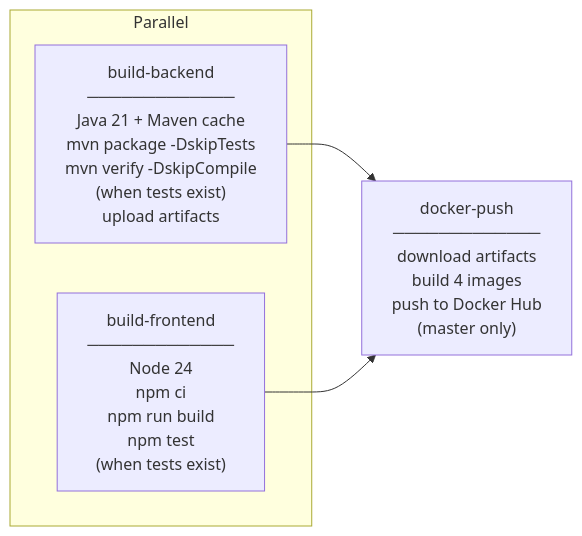
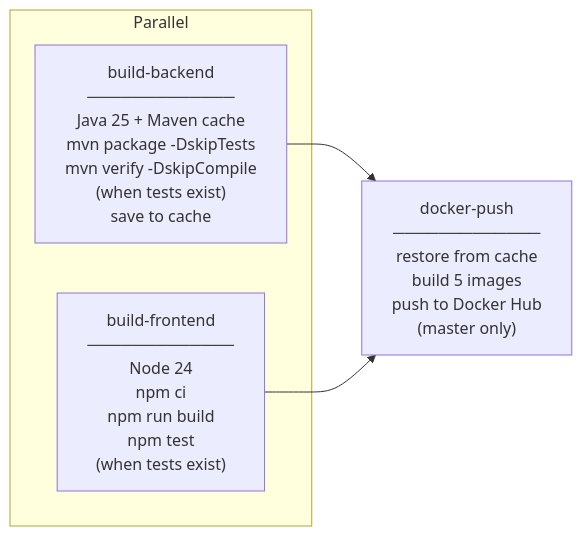
One commit to panryba/shopflow changed the second of 2 diagrams in README.md. Above: the diagram before and after it, drawn with Mermaid. The commit also changed 1 other file, not shown here.

Commit message:
Replace artifact upload/download with cache to avoid storage quota
Parallel structure preserved. Cache storage uses separate 10GB quota.
Also fix README: Java 25, build 5 images.

````diff
--- a/README.md
+++ b/README.md
@@ -320,12 +320,12 @@
 ```mermaid
 graph LR
     subgraph parallel["Parallel"]
-        B["build-backend<br/>─────────────<br/>Java 21 + Maven cache<br/>mvn package -DskipTests<br/>mvn verify -DskipCompile<br/>(when tests exist)<br/>upload artifacts"]
+        B["build-backend<br/>─────────────<br/>Java 25 + Maven cache<br/>mvn package -DskipTests<br/>mvn verify -DskipCompile<br/>(when tests exist)<br/>save to cache"]
         F["build-frontend<br/>─────────────<br/>Node 24<br/>npm ci<br/>npm run build<br/>npm test<br/>(when tests exist)"]
     end
 
-    D["docker-push<br/>─────────────<br/>download artifacts<br/>build 4 images<br/>push to Docker Hub<br/>(master only)"]
+    D["docker-push<br/>─────────────<br/>restore from cache<br/>build 5 images<br/>push to Docker Hub<br/>(master only)"]
 
     B --> D
     F --> D
 ```
````
